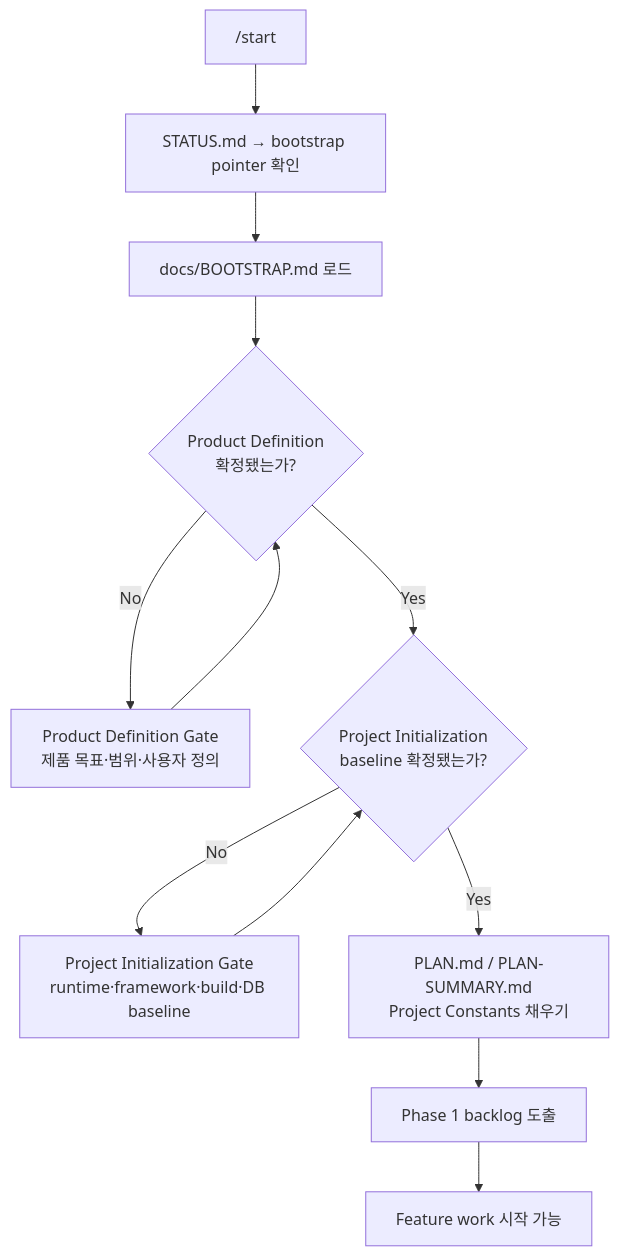
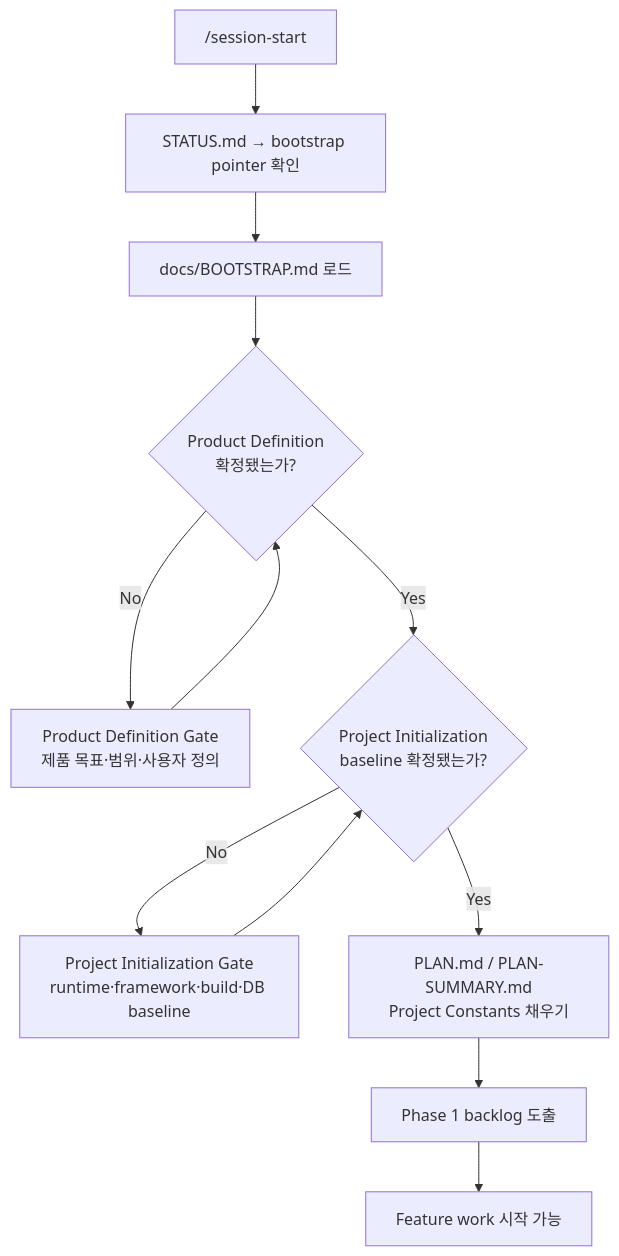
Before and after one commit to kyungseo/ai-workflow-harness: the sixth of 9 diagrams in docs/HARNESS-ARCHITECTURE.md, drawn with Mermaid. The commit also changed other lines of this file and 83 other files, not shown here.

````diff
--- a/docs/HARNESS-ARCHITECTURE.md
+++ b/docs/HARNESS-ARCHITECTURE.md
@@ -204,14 +204,14 @@
 ```mermaid
 flowchart TD
-    A["/start"] --> B["STATUS.md → bootstrap pointer 확인"]
+    A["/session-start"] --> B["STATUS.md → bootstrap pointer 확인"]
     B --> C["docs/BOOTSTRAP.md 로드"]
     C --> D{"Product Definition\n확정됐는가?"}
     D -->|No| E["Product Definition Gate\n제품 목표·범위·사용자 정의"]
     E --> D
     D -->|Yes| F{"Project Initialization\nbaseline 확정됐는가?"}
     F -->|No| G["Project Initialization Gate\nruntime·framework·build·DB baseline"]
     G --> F
     F -->|Yes| H["PLAN.md / PLAN-SUMMARY.md\nProject Constants 채우기"]
     H --> I["Phase 1 backlog 도출"]
     I --> J["Feature work 시작 가능"]
 ```
````
